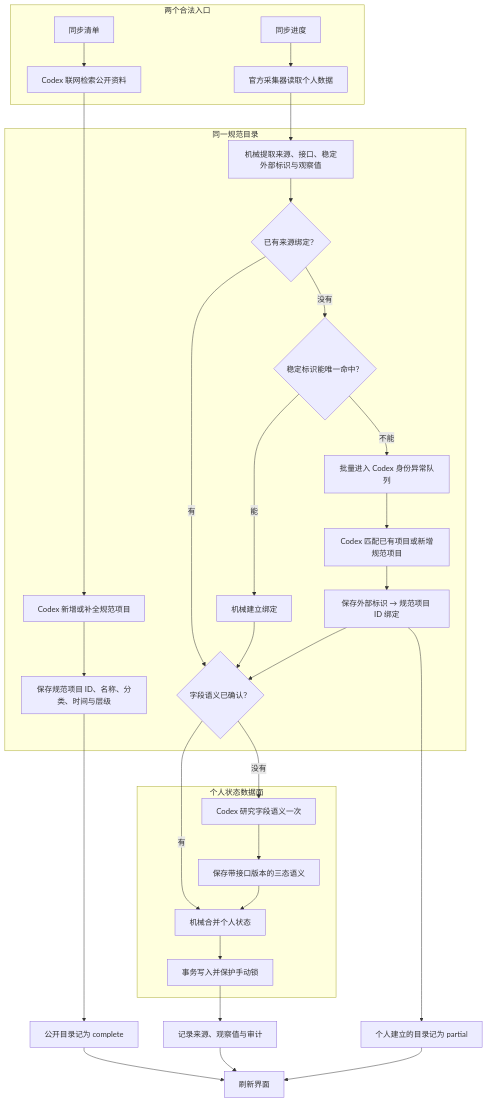
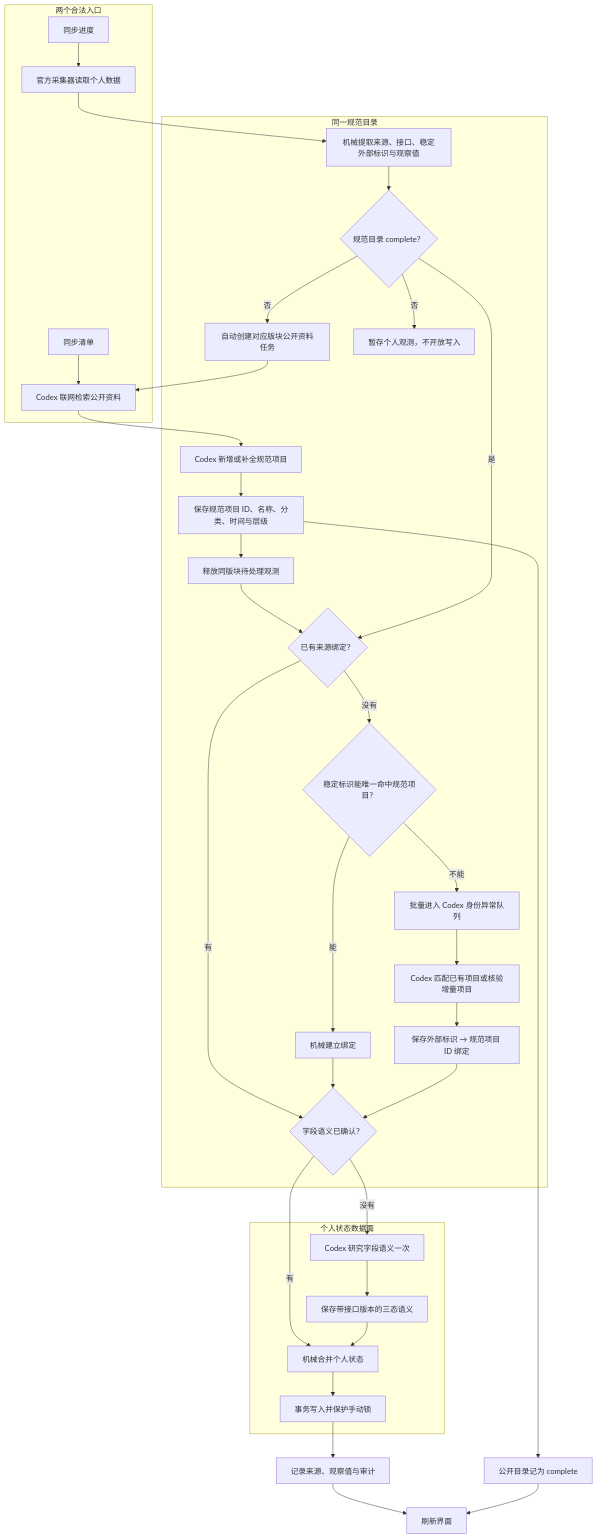
The diagram in docs/sync-architecture-redesign.md (BaiQue3rL/Gtask), drawn with Mermaid before and after one commit. The commit also changed other lines of this file and 19 other files, not shown here.

````diff
--- a/docs/sync-architecture-redesign.md
+++ b/docs/sync-architecture-redesign.md
@@ -113,37 +115,41 @@
 ```mermaid
 flowchart TD
     subgraph Entry["两个合法入口"]
         P1["同步清单"] --> P2["Codex 联网检索公开资料"]
         A1["同步进度"] --> A2["官方采集器读取个人数据"]
     end
 
     subgraph Catalog["同一规范目录"]
         P2 --> P3["Codex 新增或补全规范项目"]
         P3 --> C["保存规范项目 ID、名称、分类、时间与层级"]
         A2 --> A3["机械提取来源、接口、稳定外部标识与观察值"]
-        A3 --> B{"已有来源绑定？"}
+        A3 --> G{"规范目录 complete？"}
+        G -->|否| Q["自动创建对应版块公开资料任务"]
+        Q --> P2
+        G -->|否| O["暂存个人观测，不开放写入"]
+        C --> R["释放同版块待处理观测"]
+        R --> B{"已有来源绑定？"}
+        G -->|是| B
         B -->|有| S{"字段语义已确认？"}
-        B -->|没有| M{"稳定标识能唯一命中？"}
+        B -->|没有| M{"稳定标识能唯一命中规范项目？"}
         M -->|能| MB["机械建立绑定"]
         M -->|不能| X["批量进入 Codex 身份异常队列"]
-        X --> XC["Codex 匹配已有项目或新增规范项目"]
+        X --> XC["Codex 匹配已有项目或核验增量项目"]
         XC --> XB["保存外部标识 → 规范项目 ID 绑定"]
         MB --> S
         XB --> S
     end
 
     subgraph State["个人状态数据面"]
         S -->|有| H["机械合并个人状态"]
         S -->|没有| Y["Codex 研究字段语义一次"]
         Y --> YS["保存带接口版本的三态语义"]
         YS --> H
         H --> W["事务写入并保护手动锁"]
     end
 
     C --> Coverage["公开目录记为 complete"]
-    XB --> Partial["个人建立的目录记为 partial"]
     W --> Audit["记录来源、观察值与审计"]
     Audit --> UI["刷新界面"]
     Coverage --> UI
-    Partial --> UI
 ```
````
